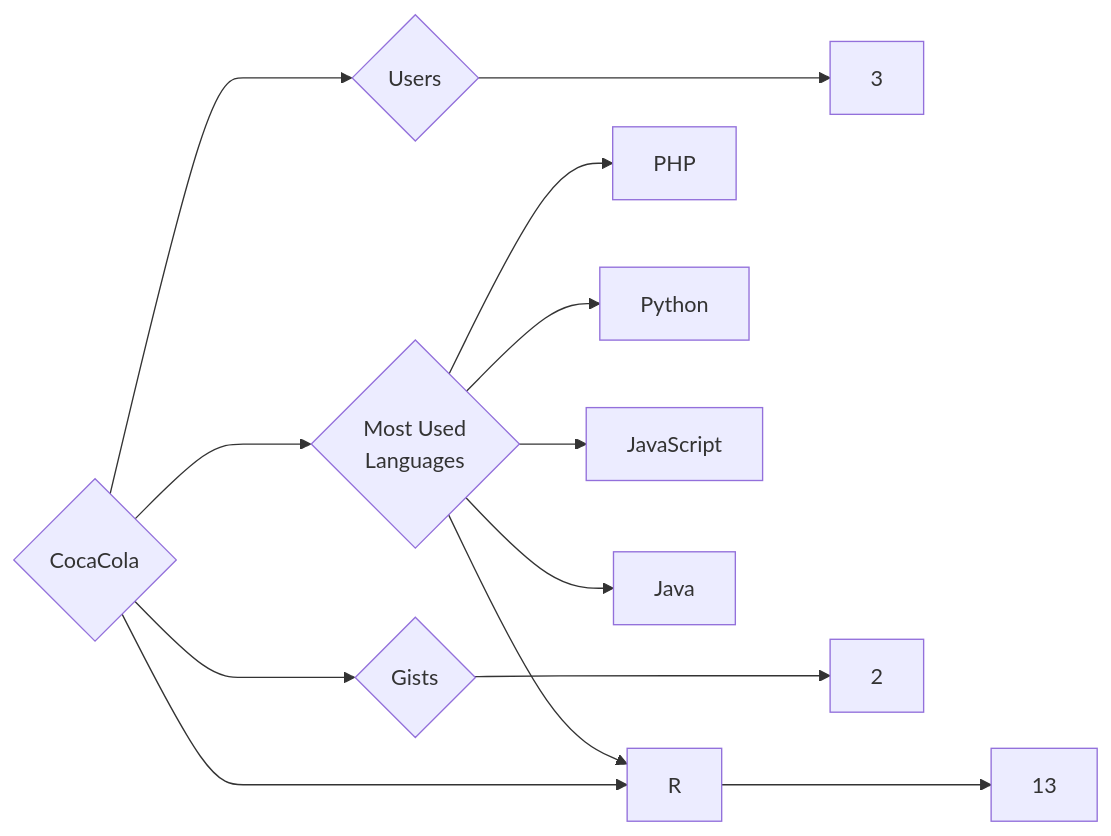
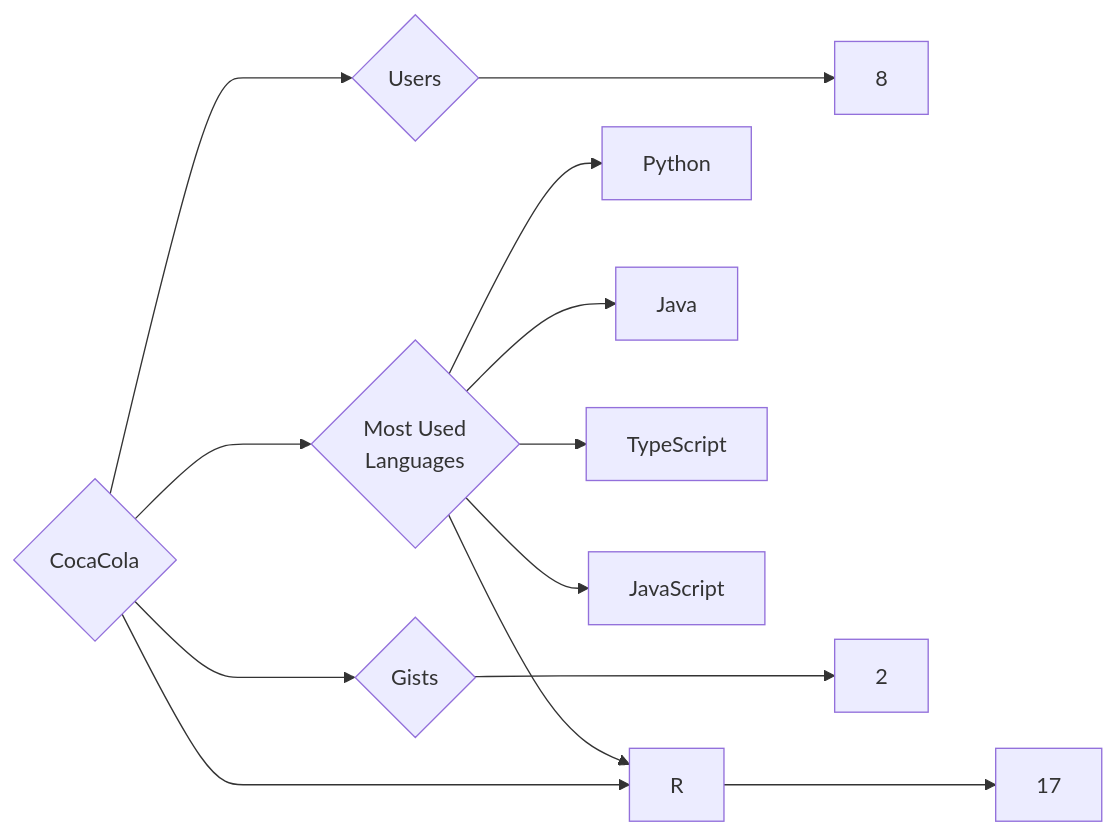
The diagram in targets/CocaCola/README.md (trickest/insiders), drawn with Mermaid before and after one commit. The commit also changed 993 other files, not shown here.

````diff
--- a/targets/CocaCola/README.md
+++ b/targets/CocaCola/README.md
@@ -3,13 +3,13 @@
 ```mermaid
 graph LR
 COMPANY_NAME{CocaCola}
-COMPANY_NAME ---> U{Users} ---> UN[3]
-COMPANY_NAME ---> R{Repositories} ---> RN[13]
+COMPANY_NAME ---> U{Users} ---> UN[8]
+COMPANY_NAME ---> R{Repositories} ---> RN[17]
 COMPANY_NAME ---> G{Gists} ---> GN[2]
 COMPANY_NAME ---> ML{Most Used<br>Languages}
-ML --> PHP[PHP]
+ML --> Python[Python]
+ML --> Java[Java]
+ML --> TypeScript[TypeScript]
 ML --> R[R]
-ML --> Python[Python]
 ML --> JavaScript[JavaScript]
-ML --> Java[Java]
 ```
````
